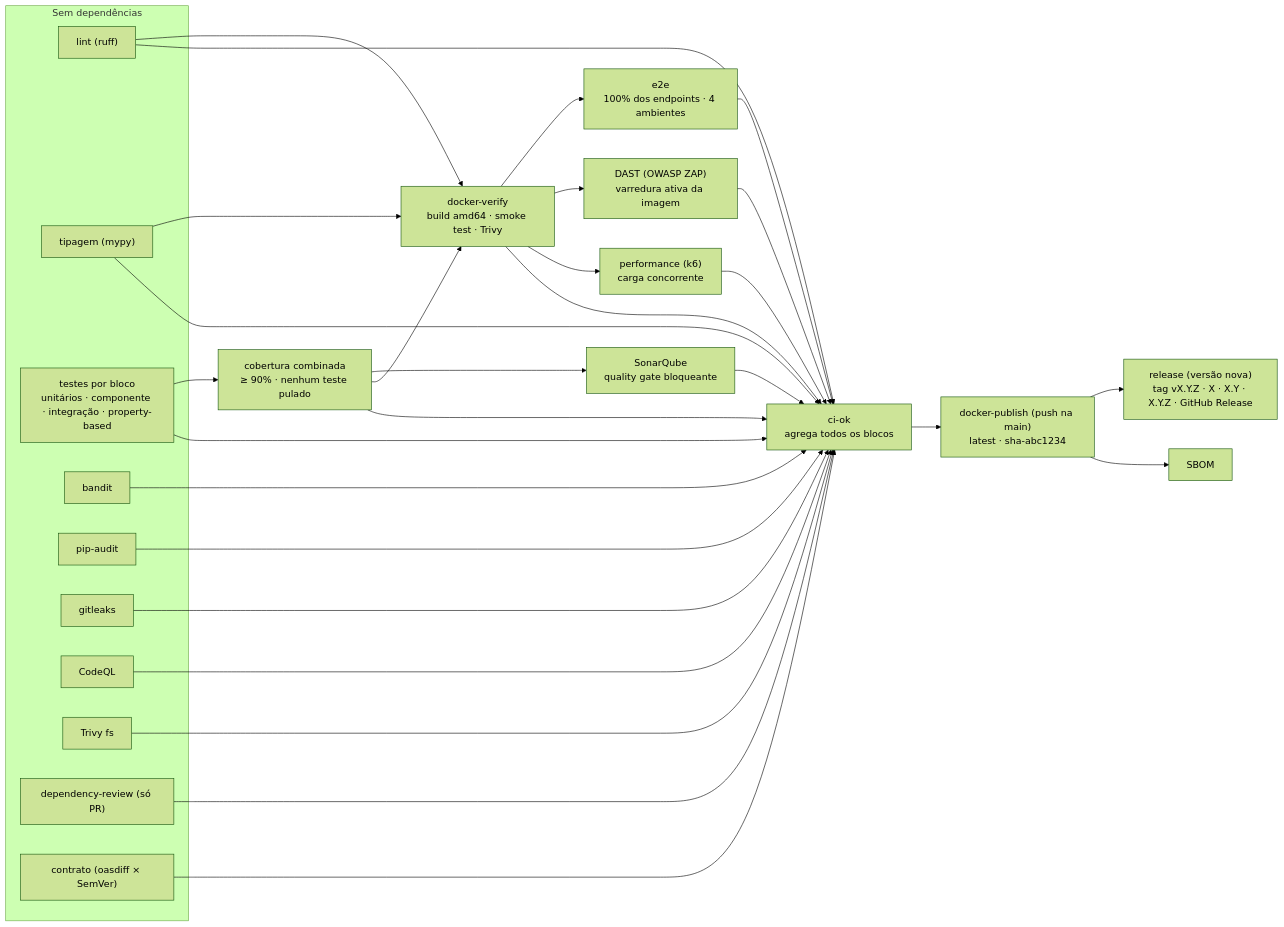
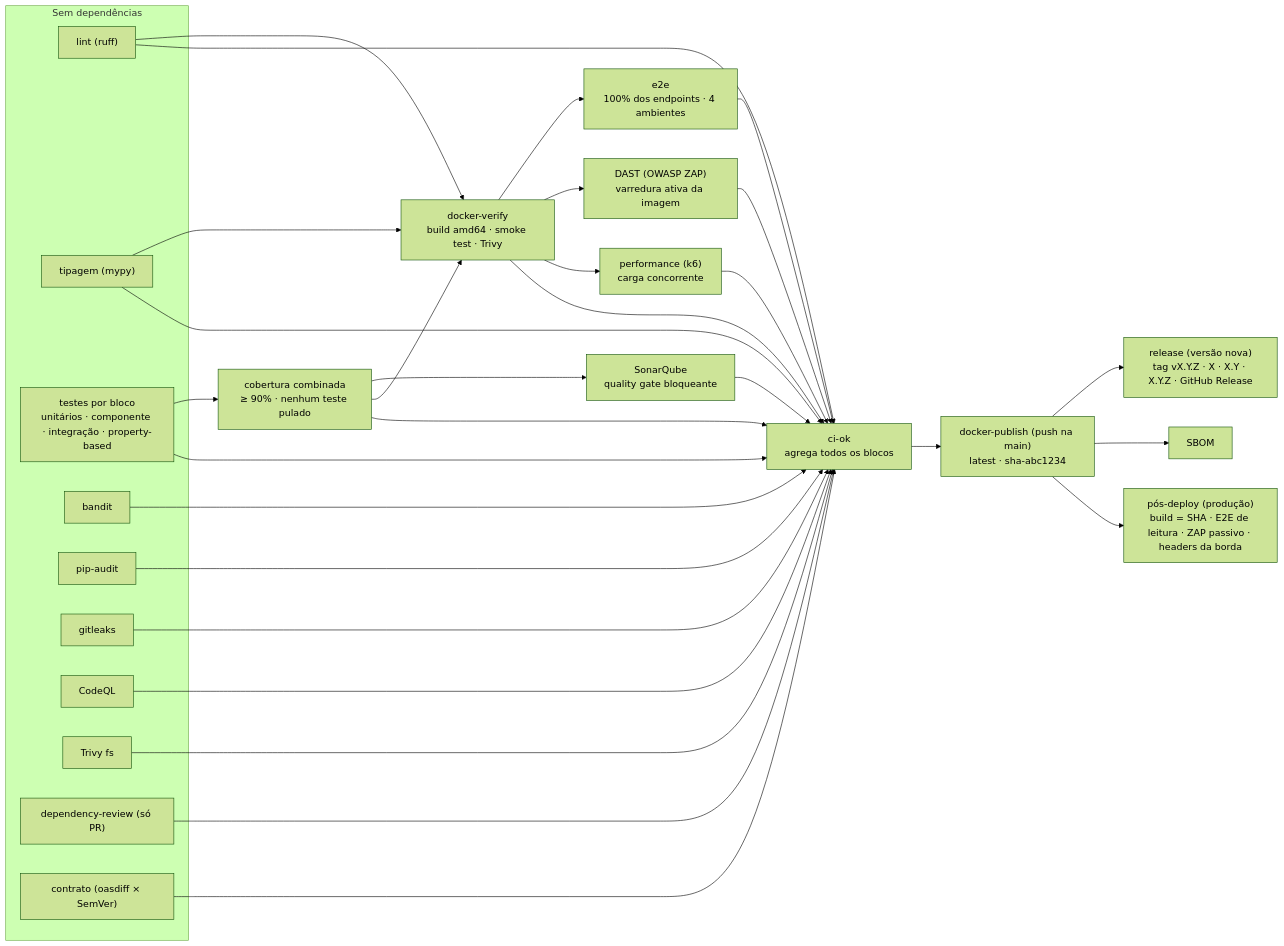
Before and after one commit to rlquilez/b3datetime: the sixth of 7 diagrams in README.md, drawn with Mermaid (forest theme). The commit also changed other lines of this file and 9 other files, not shown here.

First line of the commit message:
ci: verificação pós-deploy em produção — build, E2E de leitura, DAST passivo e headers da borda

````diff
--- a/README.md
+++ b/README.md
@@ -873,23 +873,24 @@
 ```mermaid
 flowchart LR
     subgraph paralelo["Sem dependências"]
         lint["lint (ruff)"]
         typecheck["tipagem (mypy)"]
         test["testes por bloco<br/>unitários · componente · integração · property-based"]
         bandit["bandit"]
         pipaudit["pip-audit"]
         gitleaks["gitleaks"]
         codeql["CodeQL"]
         trivyfs["Trivy fs"]
         depreview["dependency-review (só PR)"]
         contract["contrato (oasdiff × SemVer)"]
     end
     test --> cov["cobertura combinada<br/>≥ 90% · nenhum teste pulado"] --> sonar["SonarQube<br/>quality gate bloqueante"]
     lint & typecheck & cov --> dv["docker-verify<br/>build amd64 · smoke test · Trivy"]
     dv --> e2e["e2e<br/>100% dos endpoints · 4 ambientes"]
     dv --> dast["DAST (OWASP ZAP)<br/>varredura ativa da imagem"]
     dv --> perf["performance (k6)<br/>carga concorrente"]
     pub --> rel["release (versão nova)<br/>tag vX.Y.Z · X · X.Y · X.Y.Z · GitHub Release"]
     lint & typecheck & test & cov & sonar & bandit & pipaudit & gitleaks & codeql & trivyfs & contract & dv & e2e & dast & perf & depreview --> ok["ci-ok<br/>agrega todos os blocos"]
     ok --> pub["docker-publish (push na main)<br/>latest · sha-abc1234"] --> sbom["SBOM"]
+    pub --> pos["pós-deploy (produção)<br/>build = SHA · E2E de leitura · ZAP passivo · headers da borda"]
 ```
````
